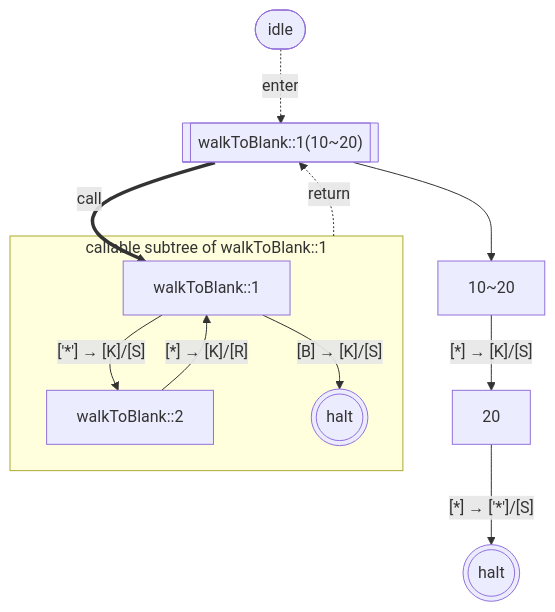
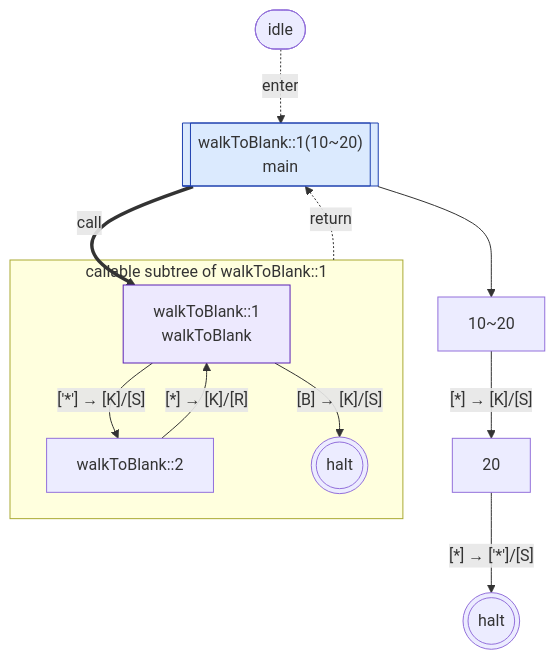
Before and after one commit to mellonis/post-machine-js: the eighth of 8 diagrams in packages/machine/README.md, drawn with Mermaid. The commit also changed other lines of this file and 11 other files, not shown here.

````diff
--- a/packages/machine/README.md
+++ b/packages/machine/README.md
@@ -583,23 +685,27 @@
 ```mermaid
 flowchart TD
 %% alphabets: [[" ","*"]]
   s0(((halt)))
   s6["10~20"]
   s8["20"]
-  s7[["walkToBlank::1(10~20)"]]
+  s7[["walkToBlank::1(10~20)<br>main"]]
   idle([idle])
   subgraph w_4["callable subtree of walkToBlank::1"]
-    s4["walkToBlank::1"]
+    s4["walkToBlank::1<br>walkToBlank"]
     s5["walkToBlank::2"]
     c4(((halt)))
   end
   idle -. enter .-> s7
   s7 == "call" ==> s4
   w_4 -. "return" .-> s7
   s7 --> s6
   s4 -- "['*'] → [K]/[S]" --> s5
   s4 -- "[B] → [K]/[S]" --> c4
   s5 -- "[*] → [K]/[R]" --> s4
   s6 -- "[*] → [K]/[S]" --> s8
   s8 -- "[*] → ['*']/[S]" --> s0
+  classDef tag_main fill:#dbeafe,stroke:#1e40af
+  classDef tag_walkToBlank fill:#ede9fe,stroke:#5b21b6
+  class s7 tag_main
+  class s4 tag_walkToBlank
 ```
````
